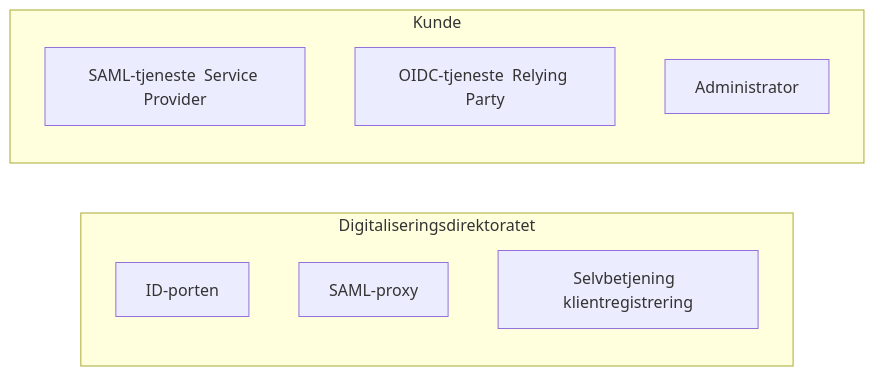
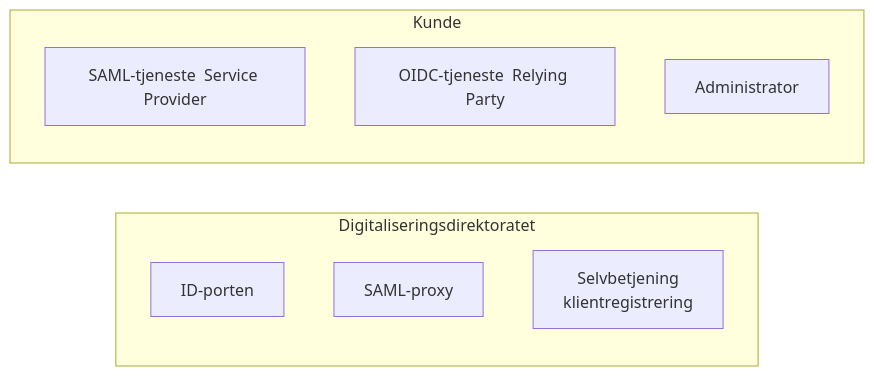
Before and after one commit to felleslosninger/docs: the diagram in _docs/idporten/idporten/idporten_overordnet.md, drawn with Mermaid.

```diff
--- a/_docs/idporten/idporten/idporten_overordnet.md
+++ b/_docs/idporten/idporten/idporten_overordnet.md
@@ -26,14 +26,14 @@
 <div class="mermaid">
 graph LR
   subgraph Digitaliseringsdirektoratet
     IDP[ID-porten]
     SAML[SAML-proxy]
-    SADM[Selvbetjening  klientregistrering]
+    SADM[Selvbetjening <br/> klientregistrering]
   end
   subgraph Kunde
      SP[SAML-tjeneste  Service Provider]
      RP[OIDC-tjeneste  Relying Party]
      ADM[Administrator]
   end
 
 </div>
```
